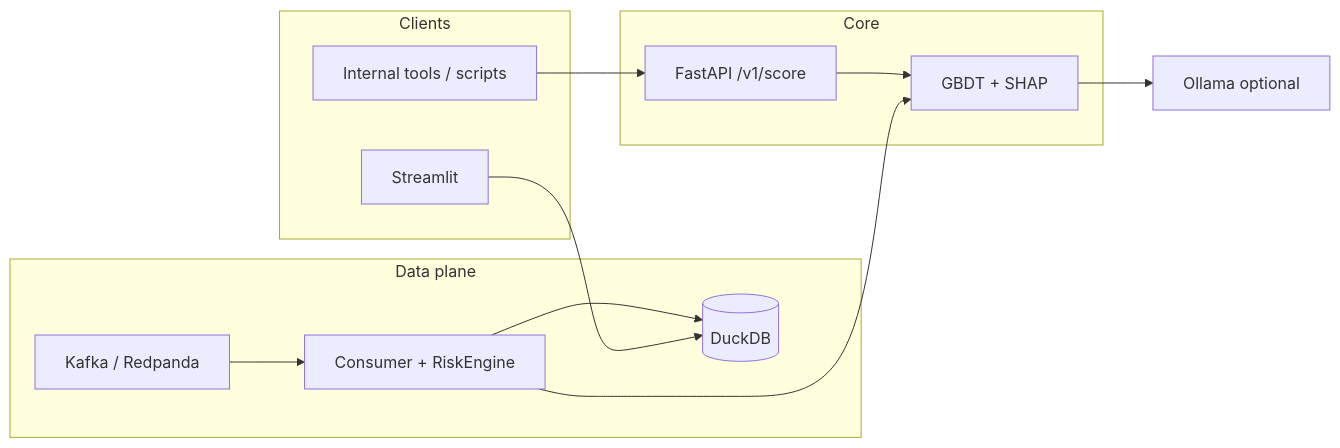
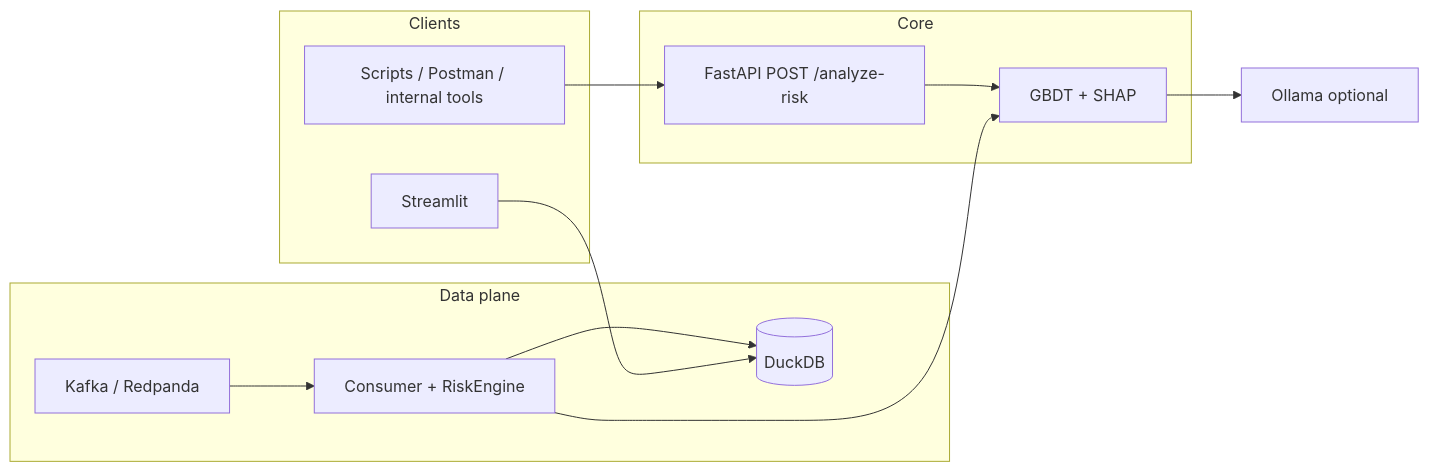
One commit to dharanipriyaR24/riskscope-ai changed the diagram in README.md. Above: the diagram before and after it, drawn with Mermaid. The commit also changed other lines of this file and 2 other files, not shown here.

First line of the commit message:
Rebrand to RiskScope AI; README positioning; POST /analyze-risk

````diff
--- a/README.md
+++ b/README.md
@@ -37,23 +129,23 @@
 ```mermaid
 flowchart LR
   subgraph client [Clients]
-    BFF[Internal tools / scripts]
+    BFF[Scripts / Postman / internal tools]
     UI[Streamlit]
   end
   subgraph core [Core]
-    API[FastAPI /v1/score]
+    API[FastAPI POST /analyze-risk]
     ML[GBDT + SHAP]
   end
   subgraph data [Data plane]
     K[Kafka / Redpanda]
     C[Consumer + RiskEngine]
     D[(DuckDB)]
   end
   BFF --> API
   API --> ML
   K --> C
   C --> ML
   C --> D
   UI --> D
   ML --> LLM[Ollama optional]
 ```
````
